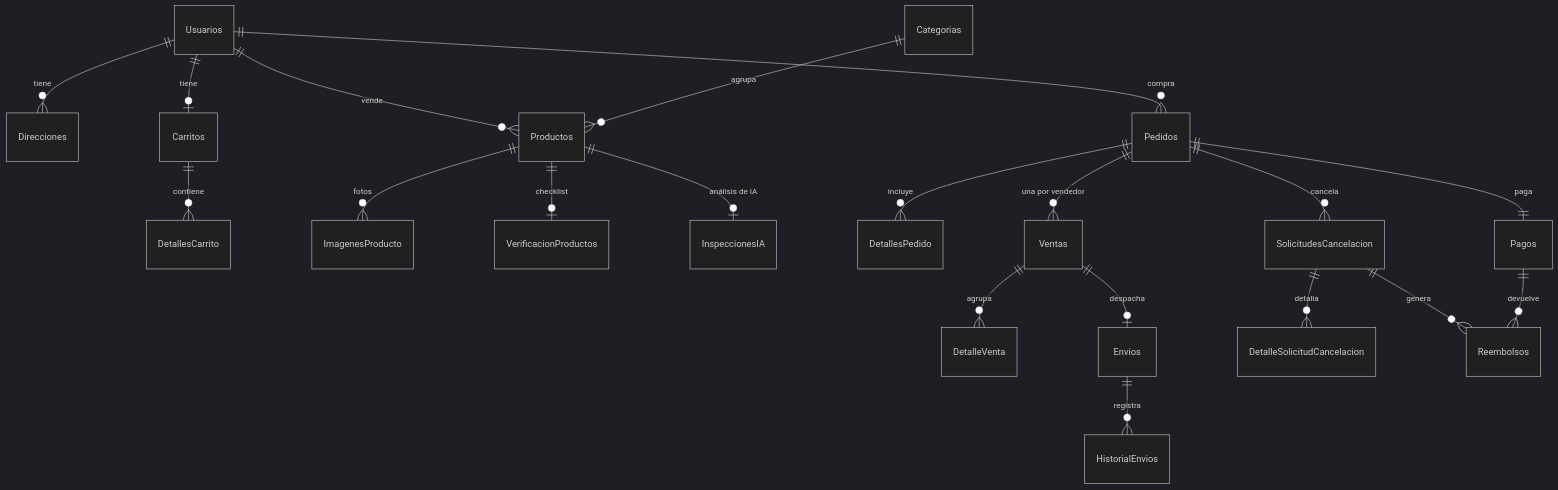
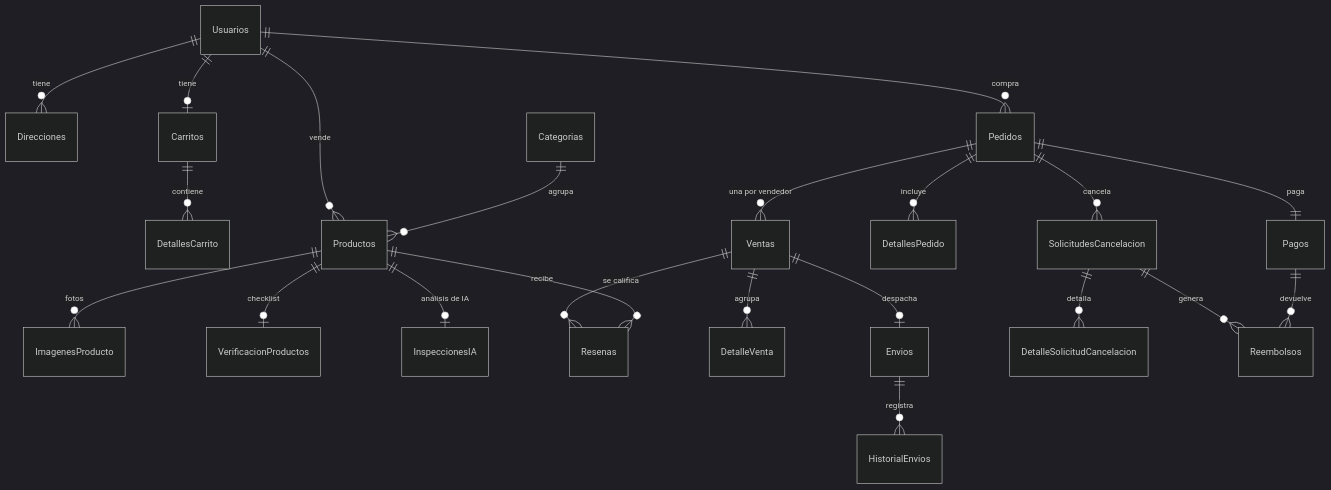
The diagram in database/README.md (alejo7762-coder/ElectroMarket), drawn with Mermaid (dark theme) before and after one commit. The commit also changed other lines of this file and 31 other files, not shown here.

````diff
--- a/database/README.md
+++ b/database/README.md
@@ -19,22 +20,24 @@
 ```mermaid
 erDiagram
     Usuarios ||--o{ Direcciones : tiene
     Usuarios ||--o| Carritos : tiene
     Carritos ||--o{ DetallesCarrito : contiene
     Usuarios ||--o{ Productos : vende
     Categorias ||--o{ Productos : agrupa
     Productos ||--o{ ImagenesProducto : fotos
     Productos ||--o| VerificacionProductos : checklist
     Productos ||--o| InspeccionesIA : "análisis de IA"
+    Ventas ||--o{ Resenas : "se califica"
+    Productos ||--o{ Resenas : recibe
     Usuarios ||--o{ Pedidos : compra
     Pedidos ||--o{ DetallesPedido : incluye
     Pedidos ||--|| Pagos : paga
     Pedidos ||--o{ Ventas : "una por vendedor"
     Ventas ||--o{ DetalleVenta : agrupa
     Ventas ||--o| Envios : despacha
     Envios ||--o{ HistorialEnvios : registra
     Pedidos ||--o{ SolicitudesCancelacion : cancela
     SolicitudesCancelacion ||--o{ DetalleSolicitudCancelacion : detalla
     SolicitudesCancelacion ||--o{ Reembolsos : genera
     Pagos ||--o{ Reembolsos : devuelve
 ```
````
